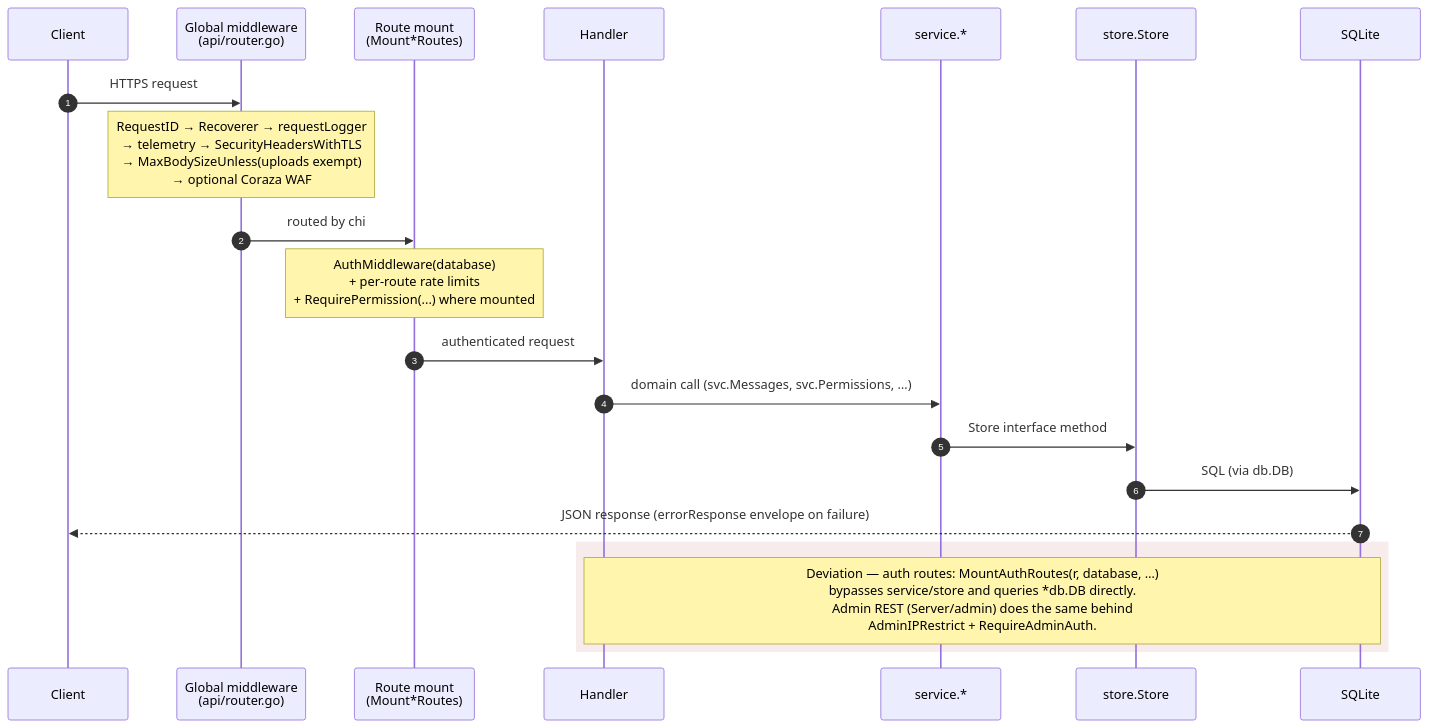
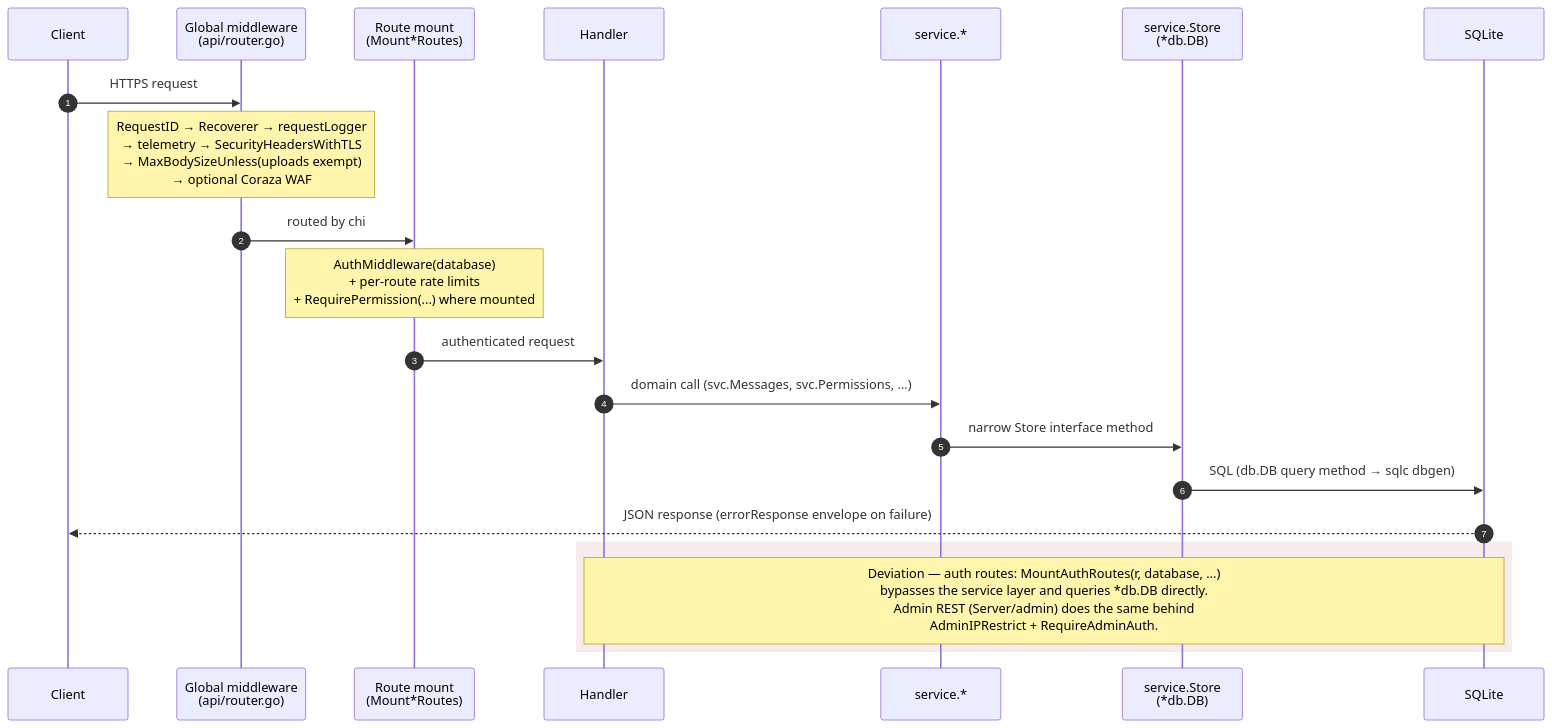
One commit to J3vb/OwnCord changed the second of 2 diagrams in docs/architecture/server.md. Above: the diagram before and after it, drawn with Mermaid. The commit also changed other lines of this file and 53 other files, not shown here.

First line of the commit message:
refactor(server): remove the store abstraction layer (D3)

````diff
--- a/docs/architecture/server.md
+++ b/docs/architecture/server.md
@@ -98,25 +92,25 @@
 ```mermaid
 sequenceDiagram
     autonumber
     participant C as Client
     participant MW as Global middleware<br/>(api/router.go)
     participant RT as Route mount<br/>(Mount*Routes)
     participant H as Handler
     participant S as service.*
-    participant ST as store.Store
+    participant ST as service.Store<br/>(*db.DB)
     participant DB as SQLite
 
     C->>MW: HTTPS request
     Note over MW: RequestID → Recoverer → requestLogger<br/>→ telemetry → SecurityHeadersWithTLS<br/>→ MaxBodySizeUnless(uploads exempt)<br/>→ optional Coraza WAF
     MW->>RT: routed by chi
     Note over RT: AuthMiddleware(database)<br/>+ per-route rate limits<br/>+ RequirePermission(...) where mounted
     RT->>H: authenticated request
     H->>S: domain call (svc.Messages, svc.Permissions, …)
-    S->>ST: Store interface method
-    ST->>DB: SQL (via db.DB)
+    S->>ST: narrow Store interface method
+    ST->>DB: SQL (db.DB query method → sqlc dbgen)
     DB-->>C: JSON response (errorResponse envelope on failure)
 
     rect rgba(200,120,120,0.15)
-        Note over H,DB: Deviation — auth routes: MountAuthRoutes(r, database, …)<br/>bypasses service/store and queries *db.DB directly.<br/>Admin REST (Server/admin) does the same behind<br/>AdminIPRestrict + RequireAdminAuth.
+        Note over H,DB: Deviation — auth routes: MountAuthRoutes(r, database, …)<br/>bypasses the service layer and queries *db.DB directly.<br/>Admin REST (Server/admin) does the same behind<br/>AdminIPRestrict + RequireAdminAuth.
     end
 ```
````
